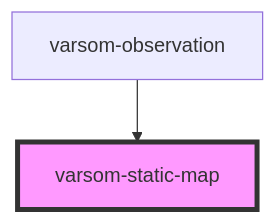
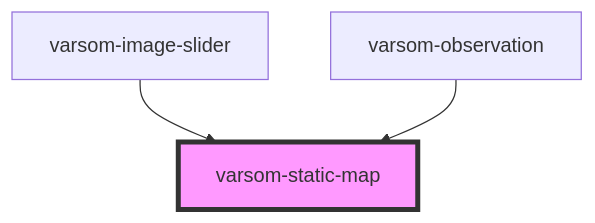
One commit to NVE/varsom-observation changed the diagram in src/components/varsom-map/readme.md. Above: the diagram before and after it, drawn with Mermaid. The commit also changed other lines of this file and 4 other files, not shown here.

Commit message:
removed image slider from full version

````diff
--- a/src/components/varsom-map/readme.md
+++ b/src/components/varsom-map/readme.md
@@ -23,5 +25,6 @@
 ```mermaid
 graph TD;
+  varsom-image-slider --> varsom-static-map
   varsom-observation --> varsom-static-map
   style varsom-static-map fill:#f9f,stroke:#333,stroke-width:4px
 ```
````
